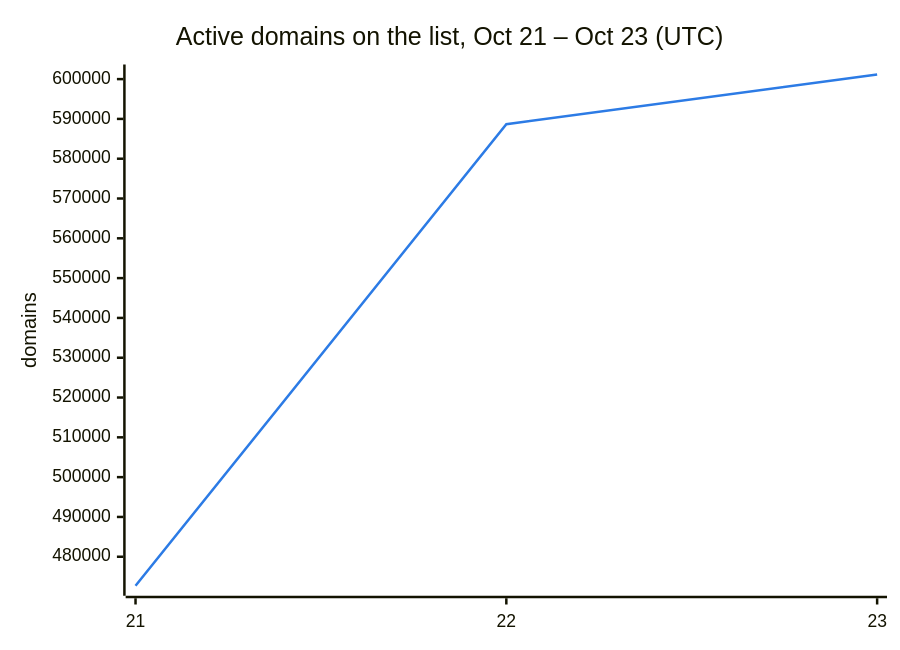
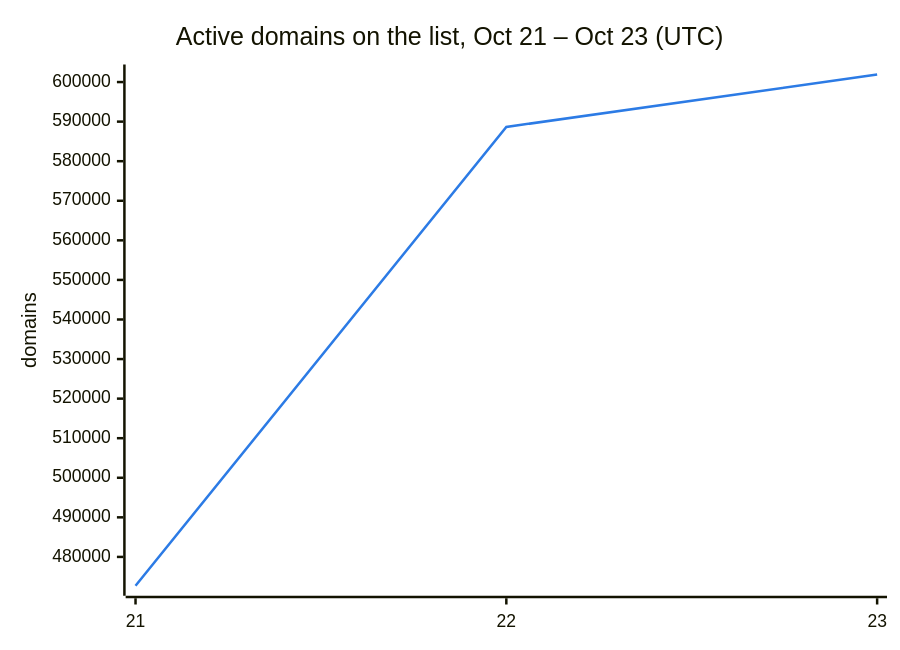
One commit to DNSBunker/CTI changed the second of 3 diagrams in README.md. Above: the diagram before and after it, drawn with Mermaid. The commit also changed other lines of this file and 3 other files, not shown here.

````diff
--- a/README.md
+++ b/README.md
@@ -38,8 +38,8 @@
 ```mermaid
 %%{init: {"themeVariables": {"xyChart": {"plotColorPalette": "#2c7be5"}}}}%%
 xychart-beta
     title "Active domains on the list, Oct 21 – Oct 23 (UTC)"
     x-axis ["21", "22", "23"]
     y-axis "domains"
-    line [472713, 588659, 601156]
+    line [472713, 588659, 601910]
 ```
````
